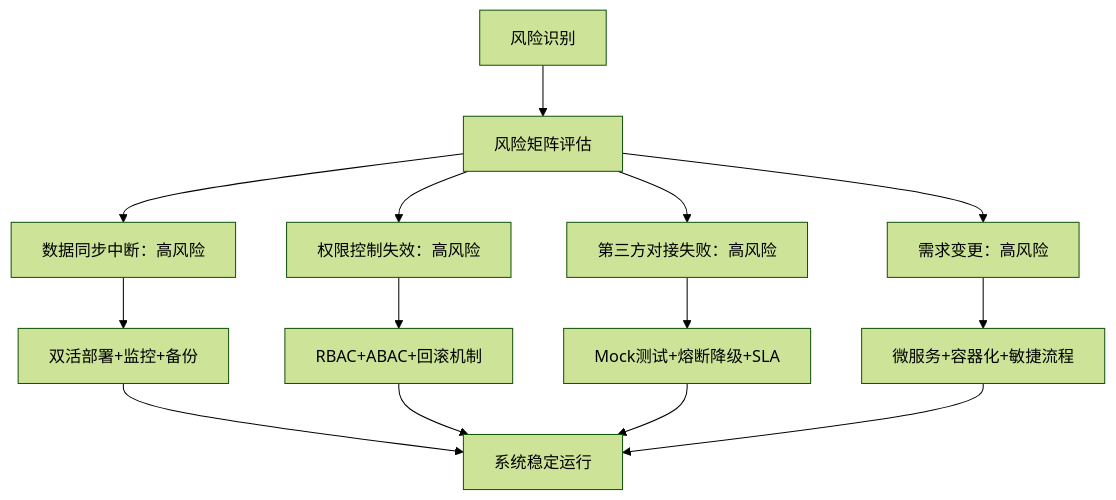
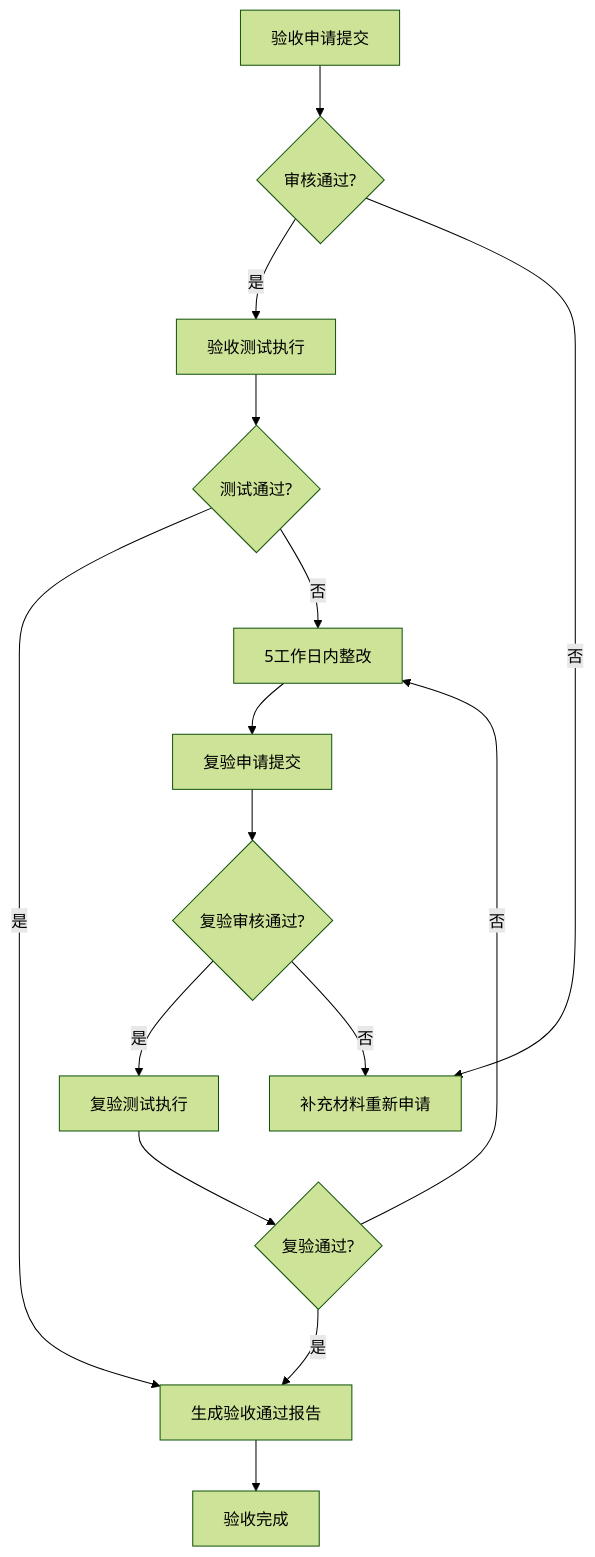
Before and after one commit to chaixh/KKTBAI: the second of 4 diagrams in outputs/content.md, drawn with Mermaid (forest theme). The commit also changed other lines of this file and 20 other files, not shown here.

````diff
--- a/outputs/content.md
+++ b/outputs/content.md
@@ -199,16 +390,17 @@
 ```mermaid
-graph TD
-    A[风险识别] --> B[风险矩阵评估]
-    B --> C[数据同步中断：高风险]
-    B --> D[权限控制失效：高风险]
-    B --> E[第三方对接失败：高风险]
-    B --> F[需求变更：高风险]
-    C --> G[双活部署+监控+备份]
-    D --> H[RBAC+ABAC+回滚机制]
-    E --> I[Mock测试+熔断降级+SLA]
-    F --> J[微服务+容器化+敏捷流程]
-    G --> K[系统稳定运行]
-    H --> K
-    I --> K
-    J --> K
-```  
+flowchart TD
+    A[验收申请提交] --> B{审核通过?}
+    B -->|是| C[验收测试执行]
+    B -->|否| D[补充材料重新申请]
+    C --> E{测试通过?}
+    E -->|是| F[生成验收通过报告]
+    E -->|否| G[5工作日内整改]
+    G --> H[复验申请提交]
+    H --> I{复验审核通过?}
+    I -->|是| J[复验测试执行]
+    I -->|否| D
+    J --> K{复验通过?}
+    K -->|是| F
+    K -->|否| G
+    F --> L[验收完成]
+```
````
